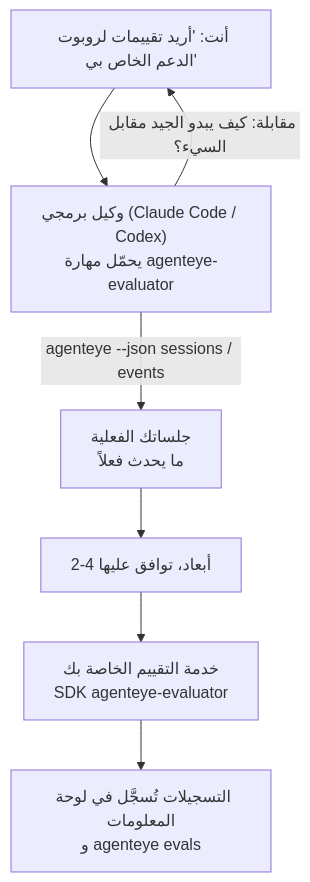
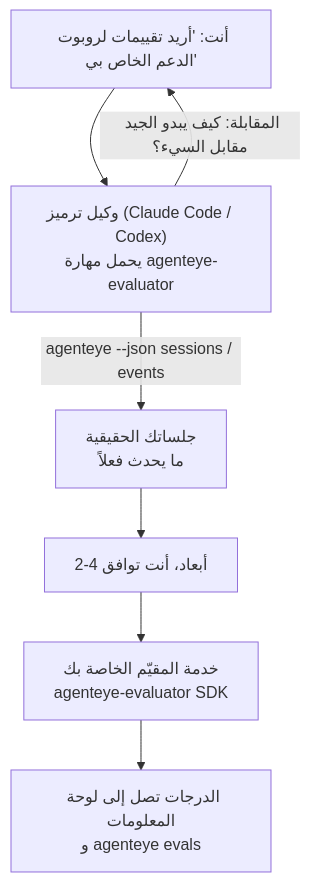
Before and after one commit to FailproofAI/failproofai: the diagram in docs/ar/agenteye/evaluator-skill.mdx, drawn with Mermaid. The commit also changed other lines of this file and 650 other files, not shown here.

````diff
--- a/docs/ar/agenteye/evaluator-skill.mdx
+++ b/docs/ar/agenteye/evaluator-skill.mdx
@@ -21,9 +21,9 @@
 ```mermaid
 flowchart TD
-    YOU["أنت: 'أريد تقييمات لروبوت الدعم الخاص بي'"] --> AGENT["وكيل برمجي (Claude Code / Codex)<br/>يحمّل مهارة agenteye-evaluator"]
-    AGENT -->|"مقابلة: كيف يبدو الجيد مقابل السيء؟"| YOU
-    AGENT -->|"agenteye --json sessions / events"| DATA["جلساتك الفعلية<br/>ما يحدث فعلاً"]
-    DATA --> DIMS["2-4 أبعاد، توافق عليها"]
-    DIMS --> SVC["خدمة التقييم الخاصة بك<br/>SDK agenteye-evaluator"]
-    SVC --> SCORES["التسجيلات تُسجَّل في لوحة المعلومات<br/>و agenteye evals"]
+    YOU["أنت: 'أريد تقييمات لروبوت الدعم الخاص بي'"] --> AGENT["وكيل ترميز (Claude Code / Codex)<br/>يحمل مهارة agenteye-evaluator"]
+    AGENT -->|"المقابلة: كيف يبدو الجيد مقابل السيء؟"| YOU
+    AGENT -->|"agenteye --json sessions / events"| DATA["جلساتك الحقيقية<br/>ما يحدث فعلاً"]
+    DATA --> DIMS["2-4 أبعاد، أنت توافق"]
+    DIMS --> SVC["خدمة المقيّم الخاصة بك<br/>agenteye-evaluator SDK"]
+    SVC --> SCORES["الدرجات تصل إلى لوحة المعلومات<br/>و agenteye evals"]
 ```
````
